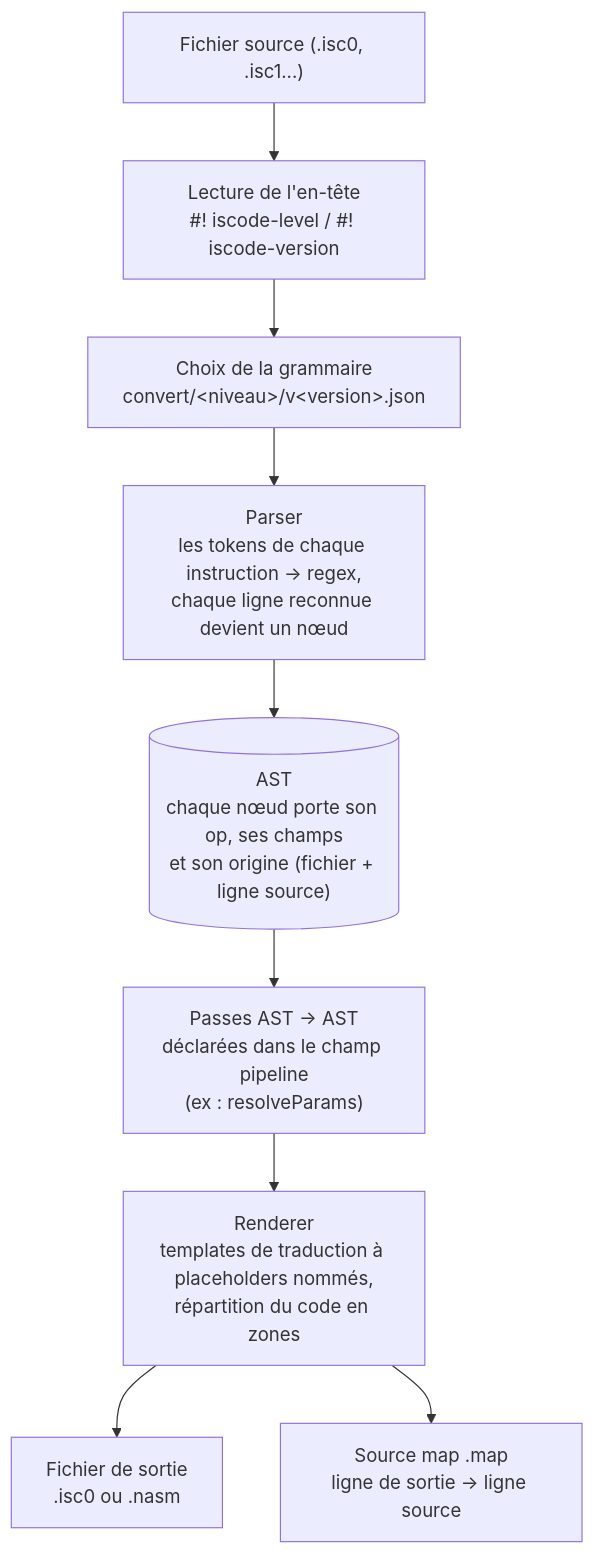
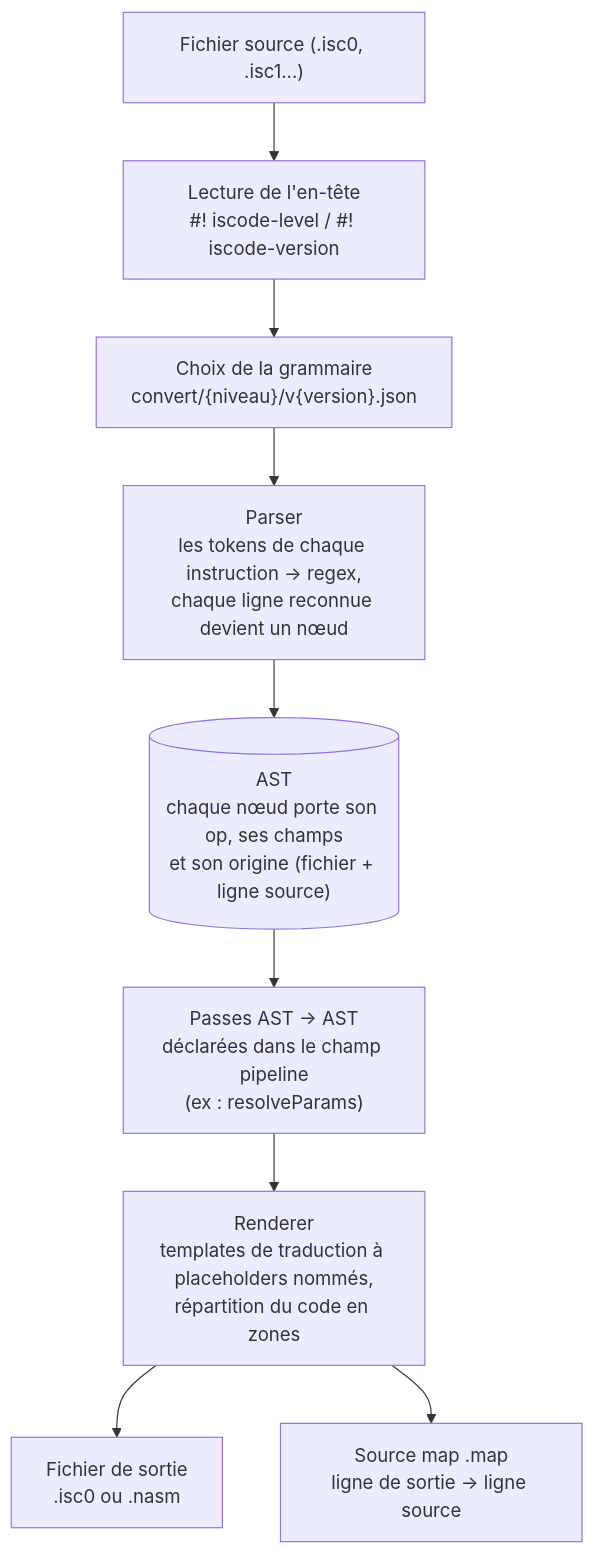
One commit to ProfesseurIssou/iscode changed the first of 3 diagrams in README.md. Above: the diagram before and after it, drawn with Mermaid. The commit also changed other lines of this file and 4 other files, not shown here.

````diff
--- a/README.md
+++ b/README.md
@@ -22,11 +22,11 @@
 ```mermaid
 flowchart TD
     A["Fichier source (.isc0, .isc1...)"] --> B["Lecture de l'en-tête<br>#! iscode-level / #! iscode-version"]
-    B --> C["Choix de la grammaire<br>convert/&lt;niveau&gt;/v&lt;version&gt;.json"]
+    B --> C["Choix de la grammaire<br>convert/{niveau}/v{version}.json"]
     C --> D["Parser<br>les tokens de chaque instruction → regex,<br>chaque ligne reconnue devient un nœud"]
     D --> E[("AST<br>chaque nœud porte son op, ses champs<br>et son origine (fichier + ligne source)")]
     E --> F["Passes AST → AST<br>déclarées dans le champ pipeline<br>(ex : resolveParams)"]
     F --> G["Renderer<br>templates de traduction à placeholders nommés,<br>répartition du code en zones"]
     G --> H["Fichier de sortie<br>.isc0 ou .nasm"]
     G --> I["Source map .map<br>ligne de sortie → ligne source"]
 ```
````
